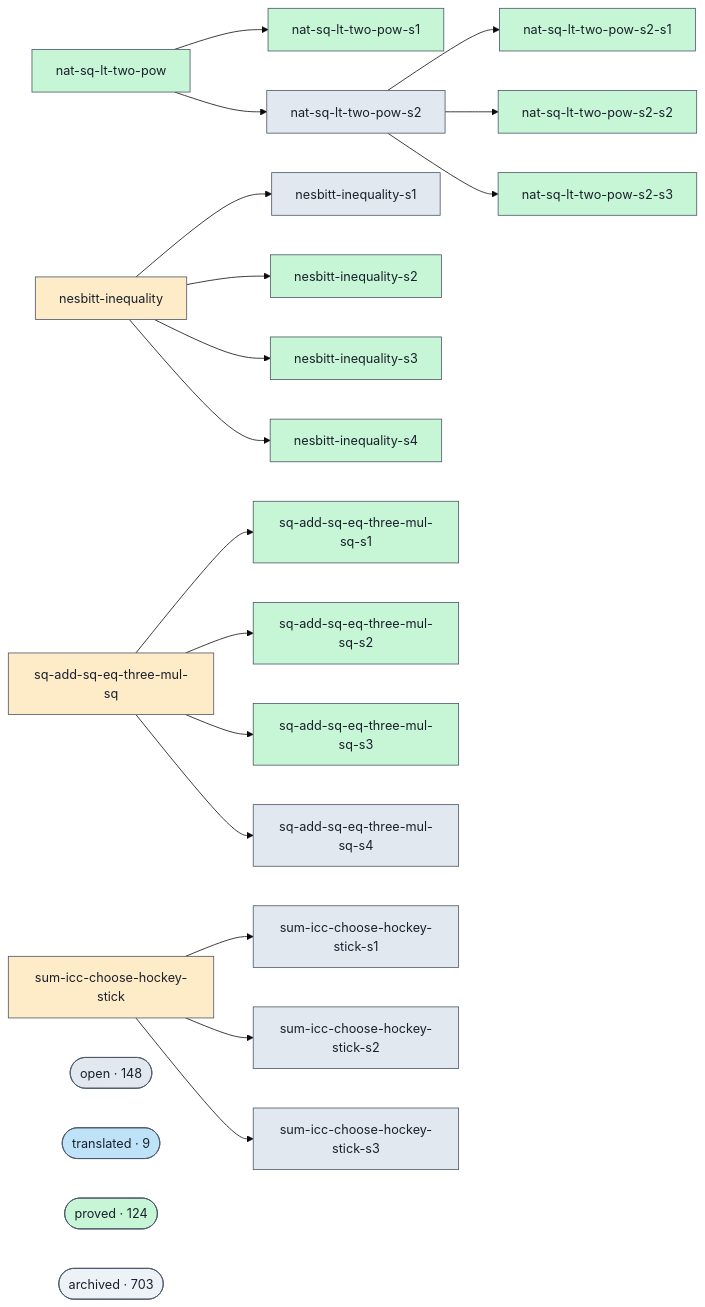
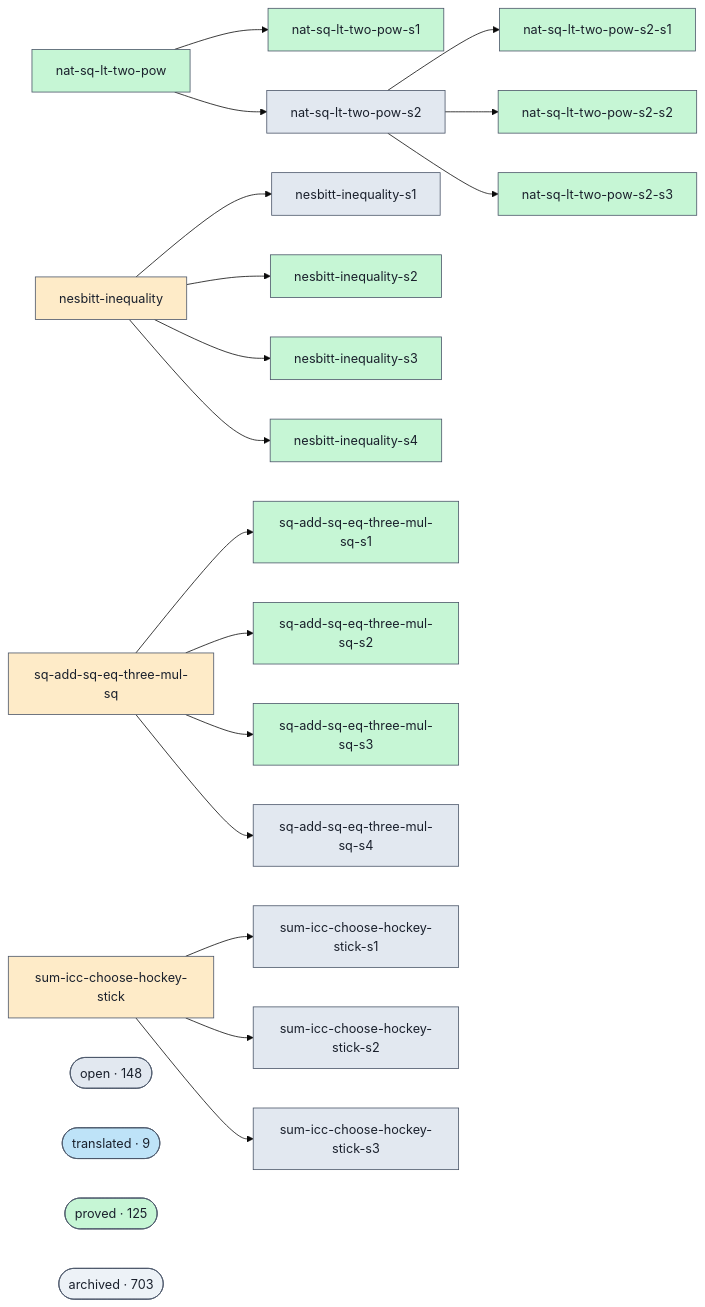
The diagram in docs/proofs-contributors-visualisation.md (ohdearquant/unsorry), drawn with Mermaid (base theme) before and after one commit. The commit also changed other lines of this file and 2 other files, not shown here.

```diff
--- a/docs/proofs-contributors-visualisation.md
+++ b/docs/proofs-contributors-visualisation.md
@@ -102,7 +102,7 @@
   class cluster_open open;
   cluster_translated(["translated · 9"])
   class cluster_translated translated;
-  cluster_proved(["proved · 124"])
+  cluster_proved(["proved · 125"])
   class cluster_proved proved;
   cluster_archived(["archived · 703"])
   class cluster_archived unknown;
```
